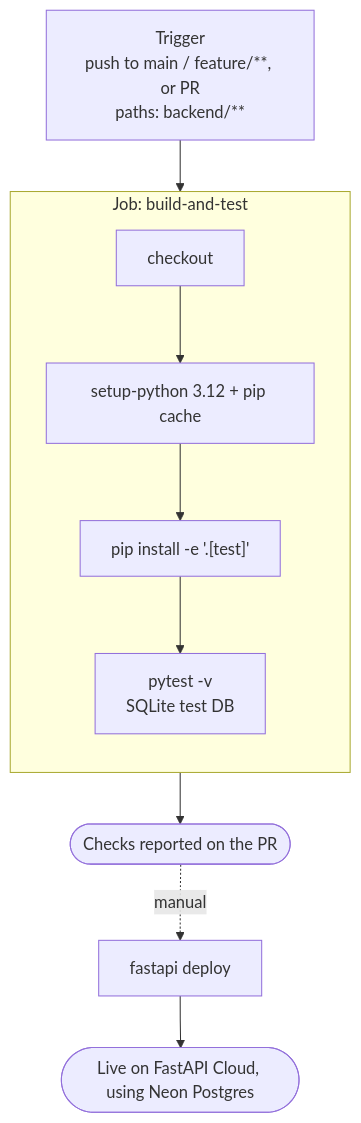
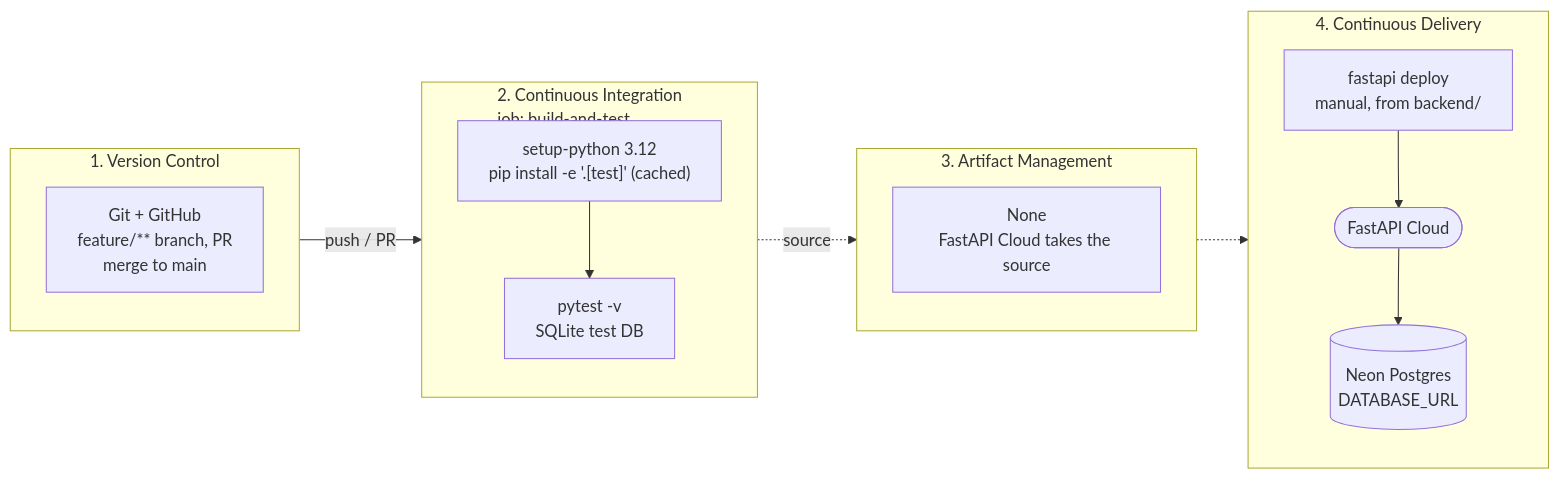
One commit to eduardopiairo/super-inspections changed the second of 2 diagrams in docs/cicd-pipeline.md. Above: the diagram before and after it, drawn with Mermaid. The commit also changed other lines of this file, not shown here.

Commit message:
split btween frontend pipeline and backend pipeline

````diff
--- a/docs/cicd-pipeline.md
+++ b/docs/cicd-pipeline.md
@@ -83,15 +53,27 @@
 ```mermaid
-flowchart TB
-    t["Trigger<br/>push to main / feature/**, or PR<br/>paths: backend/**"] --> j
-
-    subgraph j["Job: build-and-test"]
+flowchart LR
+    subgraph vc["1. Version Control"]
         direction TB
-        s1["checkout"] --> s2["setup-python 3.12 + pip cache"]
-        s2 --> s3["pip install -e '.[test]'"]
-        s3 --> s4["pytest -v<br/>SQLite test DB"]
+        git["Git + GitHub<br/>feature/** branch, PR<br/>merge to main"]
     end
 
-    j --> done(["Checks reported on the PR"])
-    done -.->|manual| m["fastapi deploy"]
-    m --> live(["Live on FastAPI Cloud, using Neon Postgres"])
+    subgraph ci["2. Continuous Integration<br/>job: build-and-test"]
+        direction TB
+        c1["setup-python 3.12<br/>pip install -e '.[test]' (cached)"] --> c2["pytest -v<br/>SQLite test DB"]
+    end
+
+    subgraph am["3. Artifact Management"]
+        direction TB
+        store["None<br/>FastAPI Cloud takes the source"]
+    end
+
+    subgraph cd["4. Continuous Delivery"]
+        direction TB
+        d1["fastapi deploy<br/>manual, from backend/"] --> live(["FastAPI Cloud"])
+        live --> db[("Neon Postgres<br/>DATABASE_URL")]
+    end
+
+    vc -->|push / PR| ci
+    ci -.->|source| am
+    am -.-> d1
 ```
````
